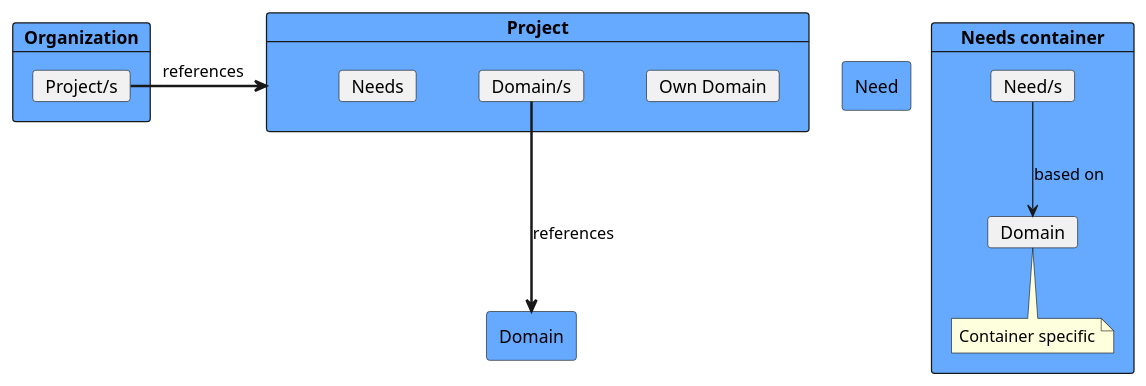
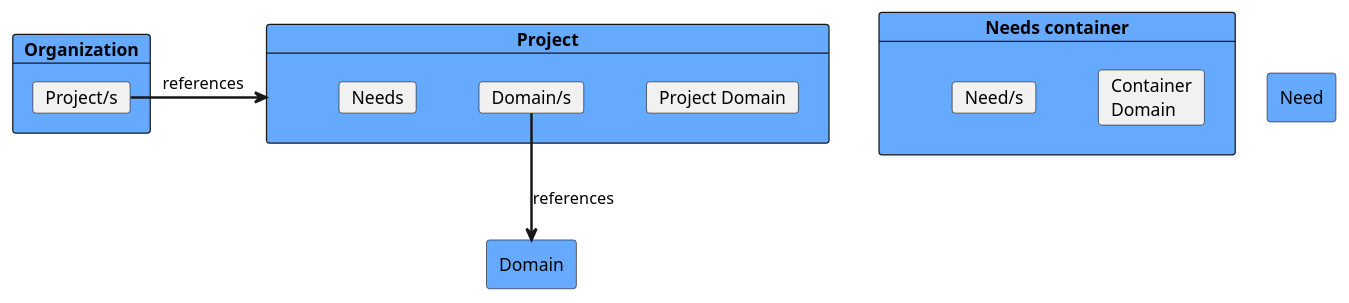
The diagram in docs/pumls/models_overview.puml (open-needs/open-needs.github.io), drawn with PlantUML before and after one commit. The commit also changed 3 other files, not shown here.

Commit message:
Plantuml model updates

```diff
--- a/docs/pumls/models_overview.puml
+++ b/docs/pumls/models_overview.puml
@@ -1,30 +1,29 @@
 @startuml
 skinparam nodesep 50
 skinparam ranksep 50
 
     card "Organization" as org  #6af {
         card "Project/s" as projects
     }
 
     card "Project" as project #6af{
-        card "Own Domain" as domain_own
+        card "Project Domain" as domain_own
         card "Domain/s" as domains
         card "Needs" as pr_needs
     }
 
     rectangle "Domain" as domain #6af
 
     card "Needs container" as cont #6af {
-        card "Domain" as domain2
-        note bottom: Container specific
+        card "Container\nDomain" as domain2
         card "Need/s" as needs
     }
 
     rectangle "Need" as need #6af
 
-    needs -d-> domain2: based on
+    projects => project : references
+    domains ==> domain : references
 
-    projects => project : references
-    domains ===> domain : references
+    cont -[hidden]> need
 
 @enduml
```
